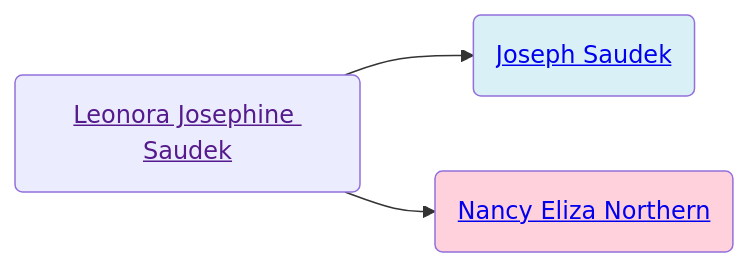
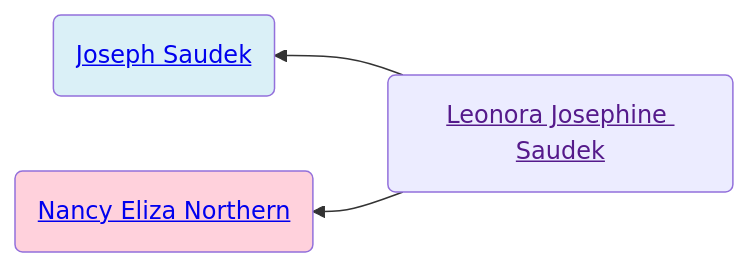
Before and after one commit to neelsmith/avocational: the first of 2 diagrams in familyhistory/sources/people/Neel-line/Blanton-line/Saudek-line/Leonora_Josephine_Saudek.qmd, drawn with Mermaid. The commit also changed 109 other files, not shown here.

````diff
--- a/familyhistory/sources/people/Neel-line/Blanton-line/Saudek-line/Leonora_Josephine_Saudek.qmd
+++ b/familyhistory/sources/people/Neel-line/Blanton-line/Saudek-line/Leonora_Josephine_Saudek.qmd
@@ -26,11 +26,11 @@
 ```{mermaid}
-graph LR
+graph RL
 Leonora_Josephine_Saudek(<a href=''>Leonora Josephine Saudek</>) -->  Joseph_Saudek(<a href='./Joseph_Saudek.html'>Joseph Saudek</>)
 class Joseph_Saudek father
 Leonora_Josephine_Saudek(<a href=''>Leonora Josephine Saudek</>)  --> Nancy_Eliza_Northern(<a href='./Northern-line/Nancy_Eliza_Northern.html'>Nancy Eliza Northern</>)
 class Nancy_Eliza_Northern mother
 classDef mother fill:#ffd1dc
 classDef father fill:#daf0f7  
 classDef marriage fill:#ffffff
 
 ```
````
